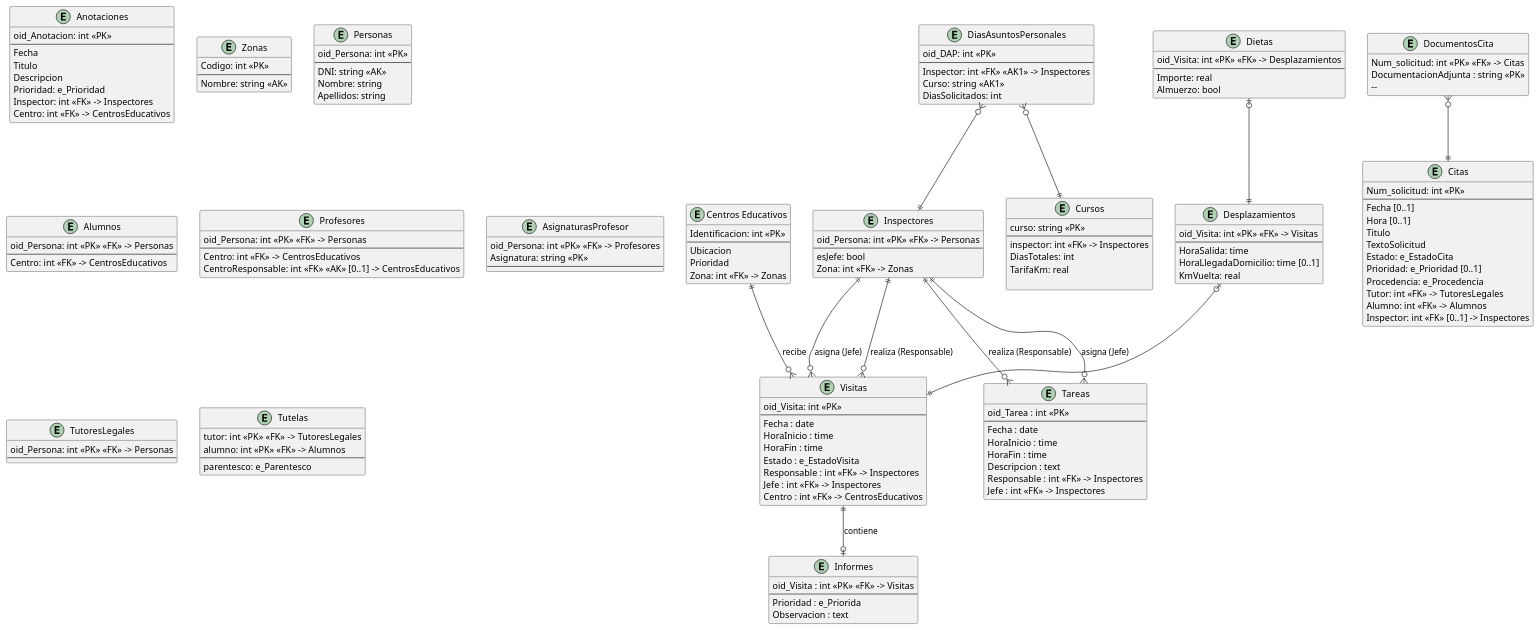
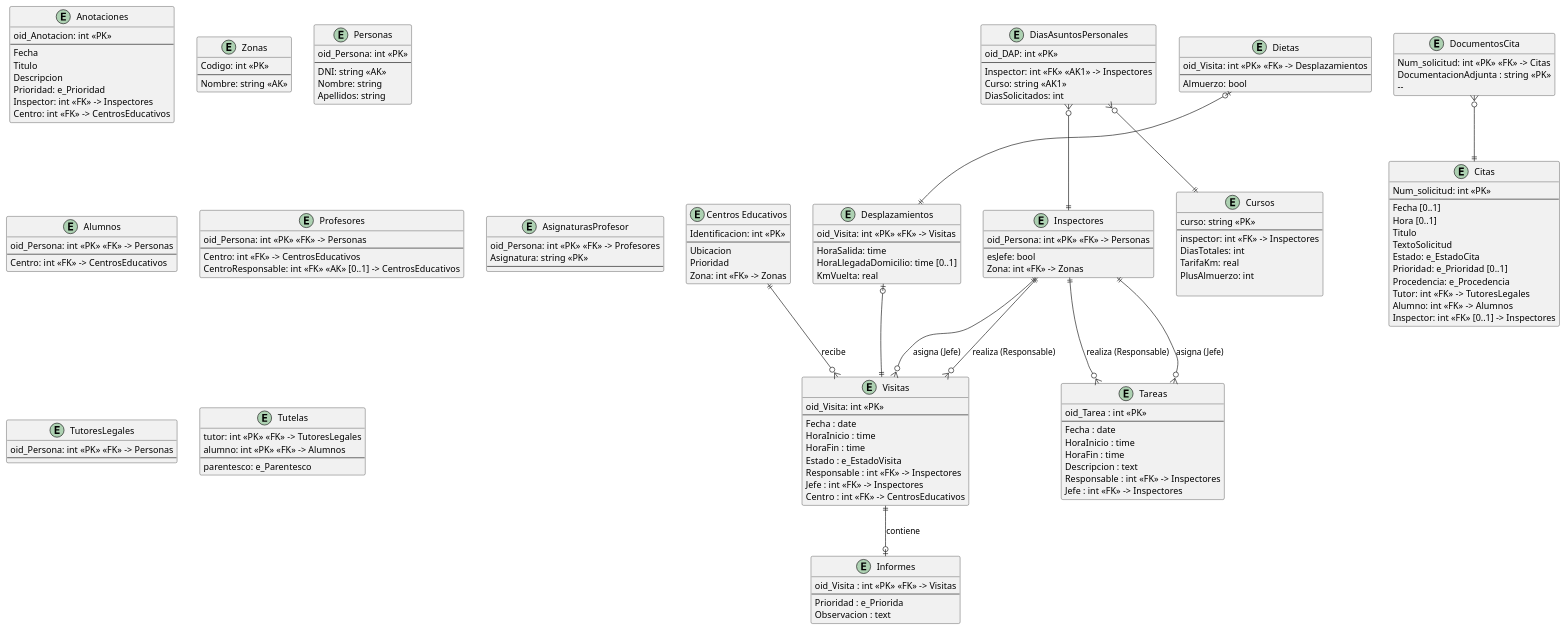
One commit to lorenzomaranon/ProyectoBD_Inspeccion_Educativa changed the diagram in modelado/modelado_relacional.puml. Above: the diagram before and after it, drawn with PlantUML.

Commit message:
Retira importe de Dietas por ser derivada y mete PlusAlmuerzo en Cursos

```diff
--- a/modelado/modelado_relacional.puml
+++ b/modelado/modelado_relacional.puml
@@ -1,177 +1,177 @@
 @startuml modelado_relacional
 hide methods
 skinparam ClassAttributeIconSize 0
 
 
 entity "Centros Educativos" as CentrosEducativos {
     Identificacion: int <<PK>>
     --
     Ubicacion
     Prioridad
     Zona: int <<FK>> -> Zonas
 }
 
 entity DocumentosCita {
     Num_solicitud: int <<PK>> <<FK>> -> Citas
     DocumentacionAdjunta : string <<PK>>
     --   
 }
 
 entity Citas {
     Num_solicitud: int <<PK>> 
     --
     Fecha [0..1]
     Hora [0..1]
     Titulo
     TextoSolicitud
     Estado: e_EstadoCita
     Prioridad: e_Prioridad [0..1]
     Procedencia: e_Procedencia
     Tutor: int <<FK>> -> TutoresLegales
     Alumno: int <<FK>> -> Alumnos
     Inspector: int <<FK>> [0..1] -> Inspectores
 }
 
 entity Anotaciones {
     oid_Anotacion: int <<PK>>
     --
     Fecha
     Titulo
     Descripcion
     Prioridad: e_Prioridad
     Inspector: int <<FK>> -> Inspectores
     Centro: int <<FK>> -> CentrosEducativos
 }
 
 entity Visitas {
     oid_Visita: int <<PK>>
     --
     Fecha : date
     HoraInicio : time
     HoraFin : time
     Estado : e_EstadoVisita
     Responsable : int <<FK>> -> Inspectores
     Jefe : int <<FK>> -> Inspectores
     Centro : int <<FK>> -> CentrosEducativos
 }
 
 entity Informes {
     oid_Visita : int <<PK>> <<FK>> -> Visitas
     --
     Prioridad : e_Priorida
     Observacion : text
 }
 
 entity Tareas {
     oid_Tarea : int <<PK>>
     --
     Fecha : date
     HoraInicio : time
     HoraFin : time
     Descripcion : text
     Responsable : int <<FK>> -> Inspectores
     Jefe : int <<FK>> -> Inspectores
 }
 
 entity Zonas {
     Codigo: int <<PK>>
     --
     Nombre: string <<AK>>
 }
 
 entity Personas {
     oid_Persona: int <<PK>>
     --
     DNI: string <<AK>>
     Nombre: string
     Apellidos: string
 }
 
 entity Inspectores {
     oid_Persona: int <<PK>> <<FK>> -> Personas
     --
     esJefe: bool
     Zona: int <<FK>> -> Zonas
 }
 
 entity Alumnos {
     oid_Persona: int <<PK>> <<FK>> -> Personas
     --
     Centro: int <<FK>> -> CentrosEducativos
 }
 
 entity Profesores {
     oid_Persona: int <<PK>> <<FK>> -> Personas
     --
     Centro: int <<FK>> -> CentrosEducativos
     CentroResponsable: int <<FK>> <<AK>> [0..1] -> CentrosEducativos
 }
 
 entity AsignaturasProfesor {
     oid_Persona: int <<PK>> <<FK>> -> Profesores
     Asignatura: string <<PK>>
     --
 }
 
 entity TutoresLegales {
     oid_Persona: int <<PK>> <<FK>> -> Personas
     --
 }
 
 entity Tutelas {
     tutor: int <<PK>> <<FK>> -> TutoresLegales
     alumno: int <<PK>> <<FK>> -> Alumnos
     --
     parentesco: e_Parentesco
 }
 
 Inspectores ||--o{ Visitas : realiza (Responsable)
 Inspectores ||--o{ Visitas : asigna (Jefe)
 Inspectores ||--o{ Tareas : realiza (Responsable)
 Inspectores ||--o{ Tareas : asigna (Jefe)
 CentrosEducativos ||--o{ Visitas : recibe
 Visitas ||--o| Informes : contiene
 
 entity Desplazamientos {
     oid_Visita: int <<PK>> <<FK>> -> Visitas
     --
     HoraSalida: time
     HoraLlegadaDomicilio: time [0..1]
     KmVuelta: real
 }
 
 entity Dietas {
     oid_Visita: int <<PK>> <<FK>> -> Desplazamientos
     --
-    Importe: real
     Almuerzo: bool
 }
 
 Desplazamientos |o--||Visitas
 Dietas |o--||Desplazamientos
 
 entity DiasAsuntosPersonales {
     oid_DAP: int <<PK>>
     --
     Inspector: int <<FK>> <<AK1>> -> Inspectores
     Curso: string <<AK1>>
     DiasSolicitados: int
 }
 
 entity Cursos {
     curso: string <<PK>>
     --
     inspector: int <<FK>> -> Inspectores
     DiasTotales: int
     '¿Cada inspector puede contar con DAP distintos? porque sino esta FK no tiene sentido'
     TarifaKm: real
+    PlusAlmuerzo: int
 
 }
 
 DiasAsuntosPersonales }o--||Cursos
 DiasAsuntosPersonales }o--||Inspectores
 
 '------- ASOCIACIONES --------------------------------------
 DocumentosCita }o--|| Citas
 
 @enduml
```
